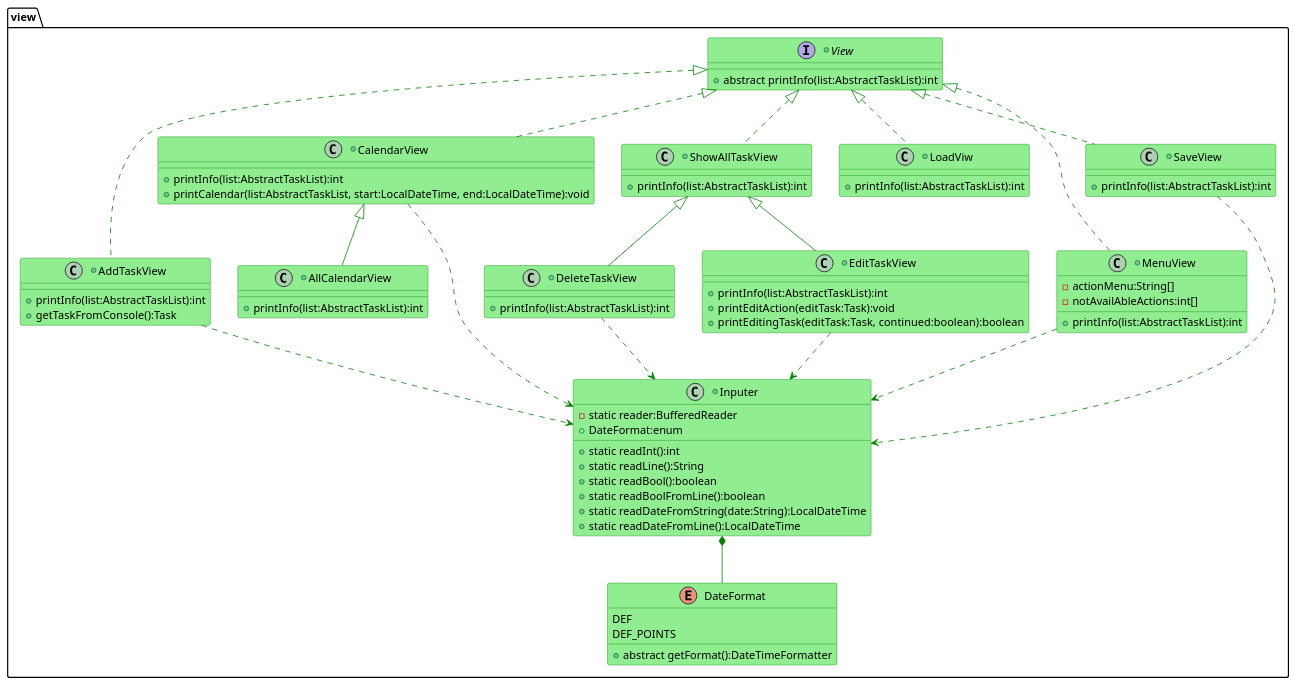
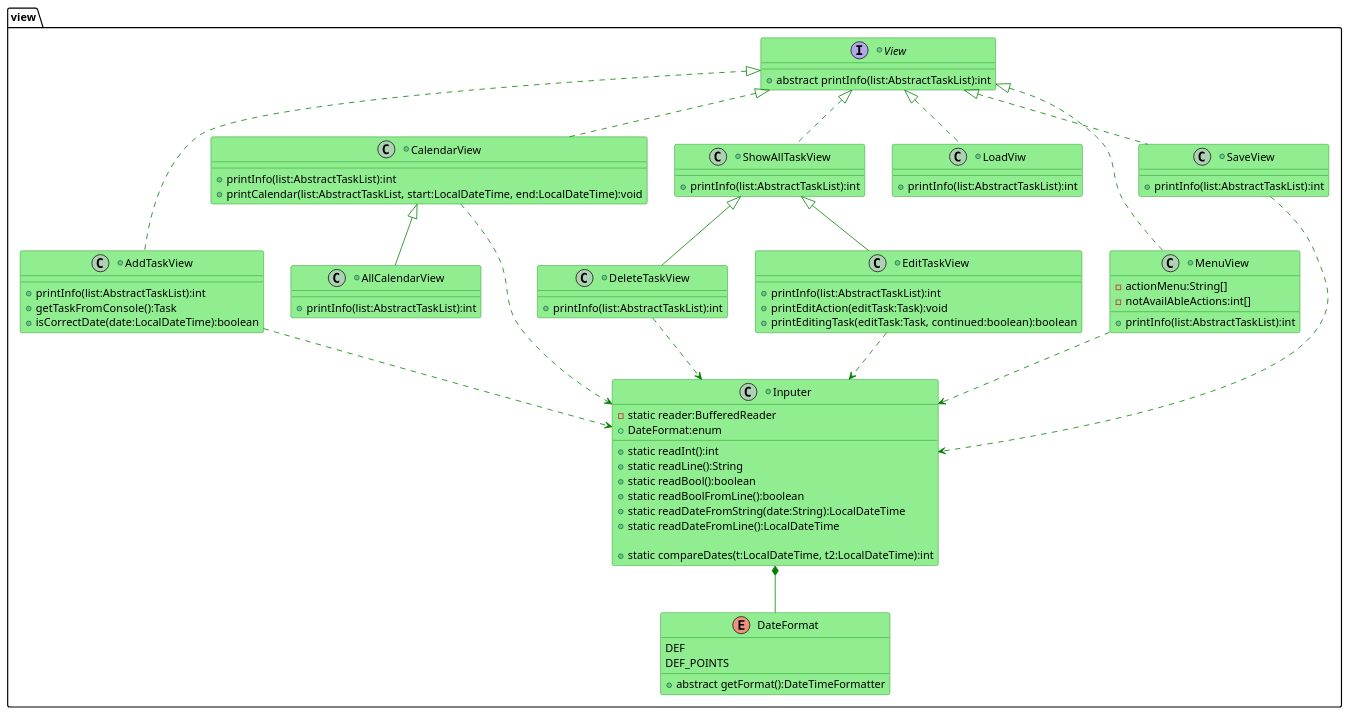
One commit to Igorstar23/TaskManager changed the diagram in ClassDiagramView.puml. Above: the diagram before and after it, drawn with PlantUML. The commit also changed 29 other files, not shown here.

Commit message:
pr10: add classes Notification, NotificationThread, Notificator and edit diagrams, add filed logger for need classes and add javadoc for methods of some classes

```diff
--- a/ClassDiagramView.puml
+++ b/ClassDiagramView.puml
@@ -1,84 +1,87 @@
 @startuml
 'https://plantuml.com/class-diagram
 
 skinparam class {
   ' задаем светлозеленый цвет для фона классов по умолчанию
   BackgroundColor LightGreen
   ' задаем синий цвет для связей классов по умолчанию
   ArrowColor      Green
   ' задаем красный цвет для контуров классов по умолчанию
   BorderColor     Green
 }
 
 package "view" {
     +interface View {
         +abstract printInfo(list:AbstractTaskList):int
     }
 
     +class AddTaskView implements View {
           +printInfo(list:AbstractTaskList):int
           +getTaskFromConsole():Task
+          +isCorrectDate(date:LocalDateTime):boolean
     }
 
     +class AllCalendarView extends CalendarView {
           +printInfo(list:AbstractTaskList):int
     }
 
     +class CalendarView implements View {
           +printInfo(list:AbstractTaskList):int
           +printCalendar(list:AbstractTaskList, start:LocalDateTime, end:LocalDateTime):void
     }
 
     +class DeleteTaskView extends ShowAllTaskView {
           +printInfo(list:AbstractTaskList):int
     }
 
     +class EditTaskView extends ShowAllTaskView {
           +printInfo(list:AbstractTaskList):int
           +printEditAction(editTask:Task):void
           +printEditingTask(editTask:Task, continued:boolean):boolean
     }
 
     +class LoadViw implements View {
           +printInfo(list:AbstractTaskList):int
     }
 
     +class MenuView implements View {
           -actionMenu:String[]
           -notAvailAbleActions:int[]
           +printInfo(list:AbstractTaskList):int
     }
 
     +class SaveView implements View {
           +printInfo(list:AbstractTaskList):int
     }
 
     +class ShowAllTaskView implements View {
           +printInfo(list:AbstractTaskList):int
     }
 
     +class Inputer {
               -static reader:BufferedReader
               +DateFormat:enum
               +static readInt():int
               +static readLine():String
               +static readBool():boolean
               +static readBoolFromLine():boolean
               +static readDateFromString(date:String):LocalDateTime
               +static readDateFromLine():LocalDateTime
+
+              +static compareDates(t:LocalDateTime, t2:LocalDateTime):int
         }
         enum DateFormat {
              DEF
              DEF_POINTS
              +abstract getFormat():DateTimeFormatter
         }
         Inputer *-- DateFormat
         AddTaskView ..> Inputer
         CalendarView ..> Inputer
         DeleteTaskView ..> Inputer
         EditTaskView ..> Inputer
         MenuView ..> Inputer
         SaveView ..> Inputer
 }
 
 @enduml
```
